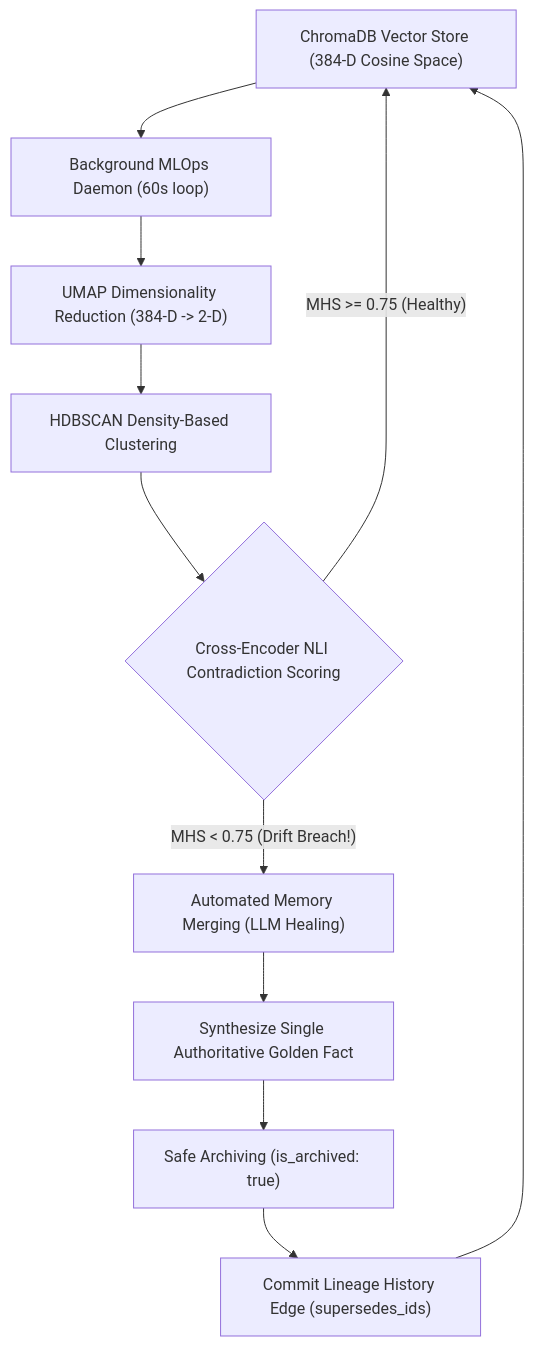
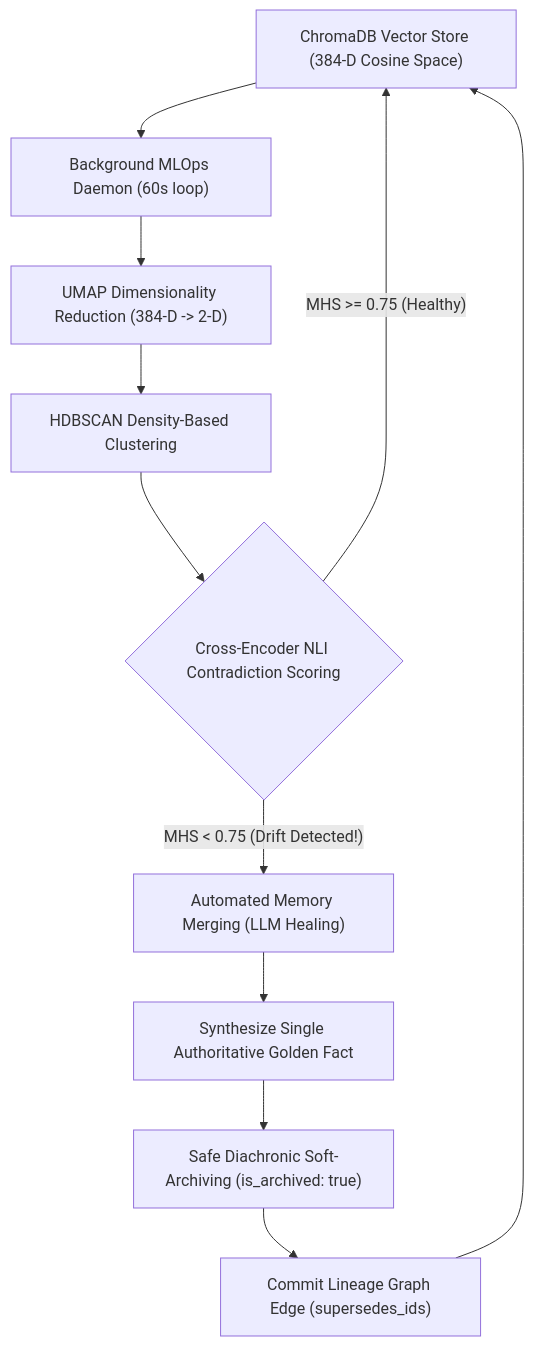
Before and after one commit to Tannishtha3183/cogni-intent: the diagram in README.md, drawn with Mermaid. The commit also changed other lines of this file, not shown here.

Commit message:
docs: enrich README with live demo link, architecture diagrams, and full documentation

````diff
--- a/README.md
+++ b/README.md
@@ -46,13 +96,13 @@
 ```mermaid
 graph TD
     A["ChromaDB Vector Store (384-D Cosine Space)"] --> B["Background MLOps Daemon (60s loop)"]
     B --> C["UMAP Dimensionality Reduction (384-D -> 2-D)"]
     C --> D["HDBSCAN Density-Based Clustering"]
     D --> E{"Cross-Encoder NLI Contradiction Scoring"}
     E -- "MHS >= 0.75 (Healthy)" --> A
-    E -- "MHS < 0.75 (Drift Breach!)" --> F["Automated Memory Merging (LLM Healing)"]
+    E -- "MHS < 0.75 (Drift Detected!)" --> F["Automated Memory Merging (LLM Healing)"]
     F --> G["Synthesize Single Authoritative Golden Fact"]
-    G --> H["Safe Archiving (is_archived: true)"]
-    H --> I["Commit Lineage History Edge (supersedes_ids)"]
+    G --> H["Safe Diachronic Soft-Archiving (is_archived: true)"]
+    H --> I["Commit Lineage Graph Edge (supersedes_ids)"]
     I --> A
 ```
````
